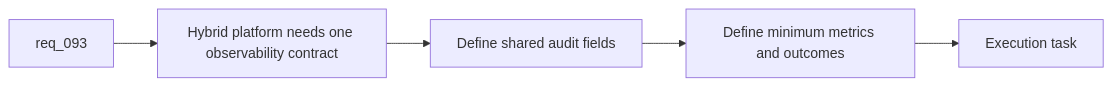
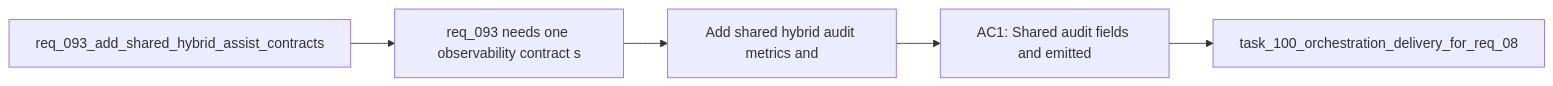
Before and after one commit to AlexAgo83/logics-manager: the diagram in logics/backlog/item_152_add_shared_hybrid_audit_metrics_and_observability_governance.md, drawn with Mermaid. The commit also changed 481 other files, not shown here.

````diff
--- a/logics/backlog/item_152_add_shared_hybrid_audit_metrics_and_observability_governance.md
+++ b/logics/backlog/item_152_add_shared_hybrid_audit_metrics_and_observability_governance.md
@@ -28,9 +28,9 @@
 ```mermaid
 %% logics-kind: backlog
 %% logics-signature: backlog|add-shared-hybrid-audit-metrics-and-obse|req-093-add-shared-hybrid-assist-contrac|req-093-needs-one-observability-contract|ac1-shared-audit-fields-and-emitted
 flowchart LR
-    Request[req_093] --> Problem[Hybrid platform needs one observability contract]
-    Problem --> Audit[Define shared audit fields]
-    Audit --> Metrics[Define minimum metrics and outcomes]
-    Metrics --> Done[Execution task]
+    Request[req_093_add_shared_hybrid_assist_contracts] --> Problem[req_093 needs one observability contract s]
+    Problem --> Scope[Add shared hybrid audit metrics and]
+    Scope --> Acceptance[AC1: Shared audit fields and emitted]
+    Acceptance --> Tasks[task_100_orchestration_delivery_for_req_08]
 ```
````
